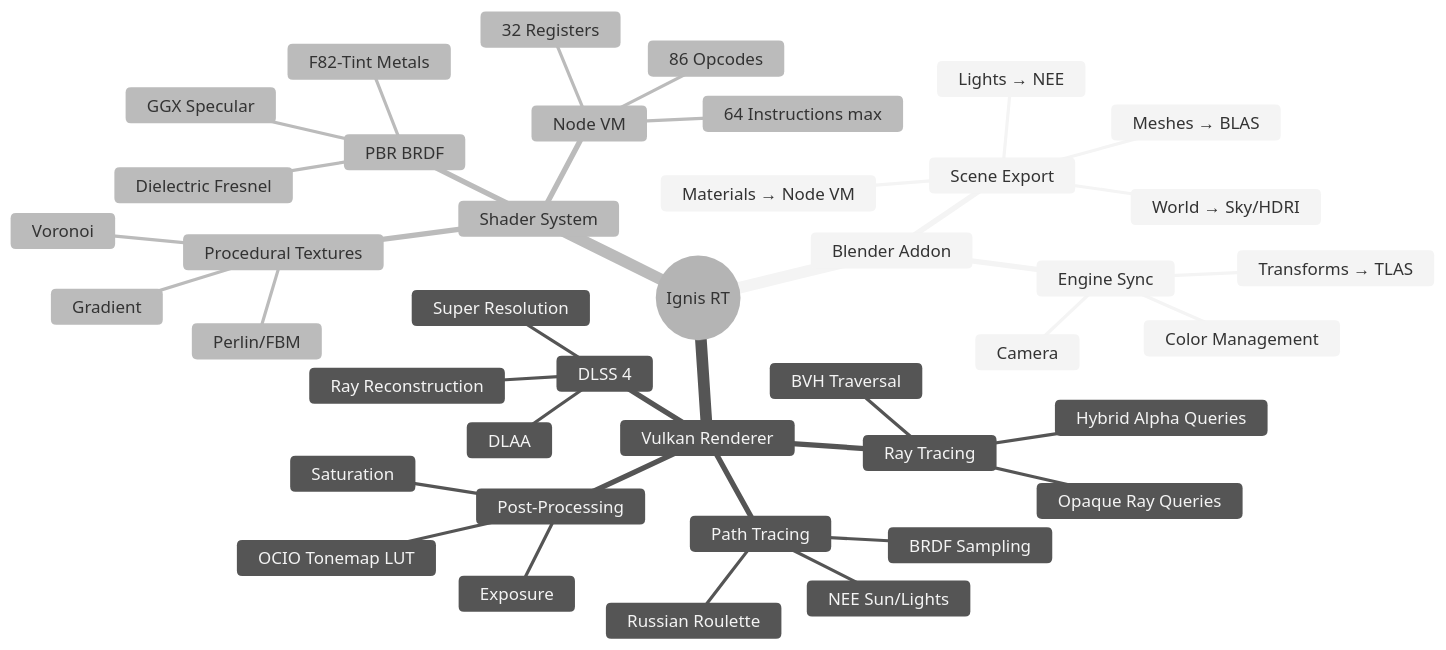
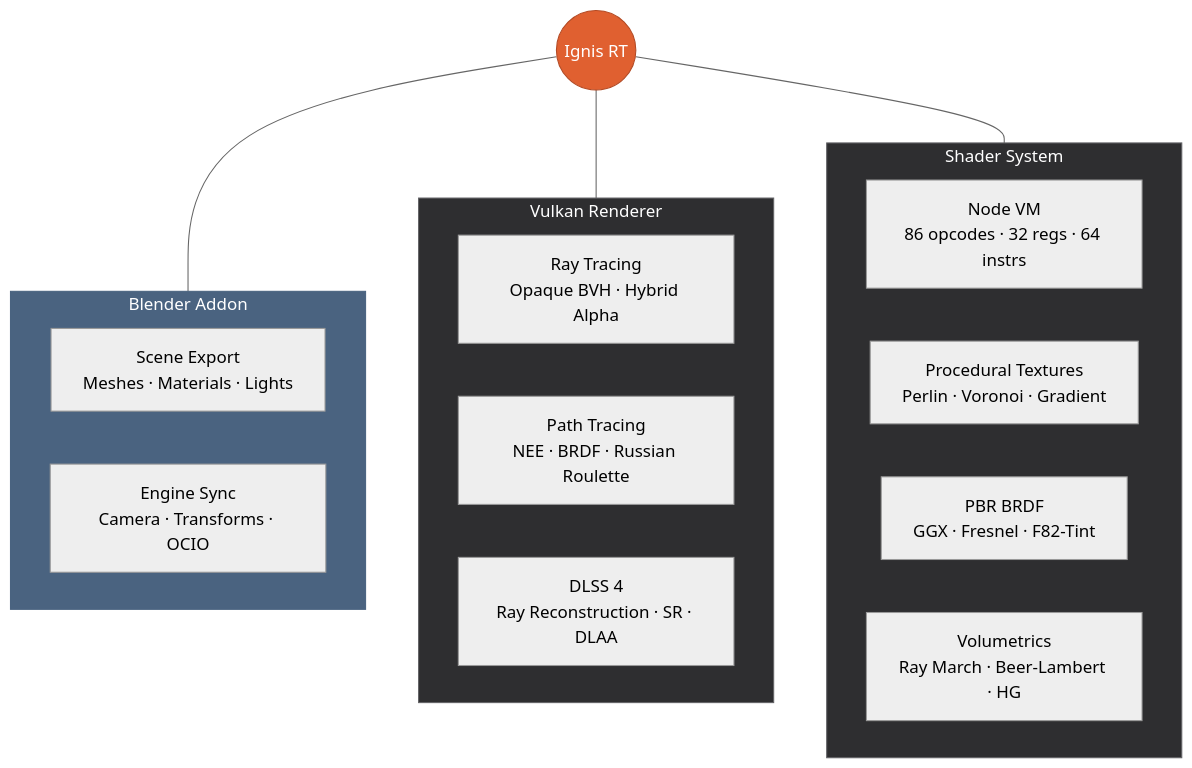
One commit to kalexis1994/ignis-rt changed the first of 2 diagrams in docs/index.md. Above: the diagram before and after it, drawn with Mermaid (neutral theme). The commit also changed other lines of this file and 12 other files, not shown here.

First line of the commit message:
Docs: Ignis palette, favicon, dark-safe diagram fills, contrast JS

````diff
--- a/docs/index.md
+++ b/docs/index.md
@@ -18,44 +22,32 @@
 ```mermaid
-mindmap
-  root((Ignis RT))
-    Blender Addon
-      Scene Export
-        Meshes → BLAS
-        Materials → Node VM
-        Lights → NEE
-        World → Sky/HDRI
-      Engine Sync
-        Camera
-        Transforms → TLAS
-        Color Management
-    Vulkan Renderer
-      Ray Tracing
-        Opaque Ray Queries
-        Hybrid Alpha Queries
-        BVH Traversal
-      Path Tracing
-        NEE Sun/Lights
-        BRDF Sampling
-        Russian Roulette
-      DLSS 4
-        Ray Reconstruction
-        Super Resolution
-        DLAA
-      Post-Processing
-        OCIO Tonemap LUT
-        Exposure
-        Saturation
-    Shader System
-      Node VM
-        86 Opcodes
-        32 Registers
-        64 Instructions max
-      Procedural Textures
-        Perlin/FBM
-        Voronoi
-        Gradient
-      PBR BRDF
-        GGX Specular
-        Dielectric Fresnel
-        F82-Tint Metals
+flowchart TB
+    RT((Ignis RT))
+
+    RT --- ADDON & VULKAN & SHADERS
+
+    subgraph ADDON[Blender Addon]
+        direction LR
+        SE[Scene Export<br/>Meshes · Materials · Lights]
+        SYNC[Engine Sync<br/>Camera · Transforms · OCIO]
+    end
+
+    subgraph VULKAN[Vulkan Renderer]
+        direction LR
+        RAYS[Ray Tracing<br/>Opaque BVH · Hybrid Alpha]
+        PT[Path Tracing<br/>NEE · BRDF · Russian Roulette]
+        DL[DLSS 4<br/>Ray Reconstruction · SR · DLAA]
+    end
+
+    subgraph SHADERS[Shader System]
+        direction LR
+        VM[Node VM<br/>86 opcodes · 32 regs · 64 instrs]
+        TEX[Procedural Textures<br/>Perlin · Voronoi · Gradient]
+        BRDF[PBR BRDF<br/>GGX · Fresnel · F82-Tint]
+        VOL[Volumetrics<br/>Ray March · Beer-Lambert · HG]
+    end
+
+    style RT fill:#E06030,color:#fff,stroke:#B34A24
+    style ADDON fill:#4A6380,color:#fff,stroke:#4A6380
+    style VULKAN fill:#2E2E30,color:#fff,stroke:#636366
+    style SHADERS fill:#2E2E30,color:#fff,stroke:#636366
 ```
````
